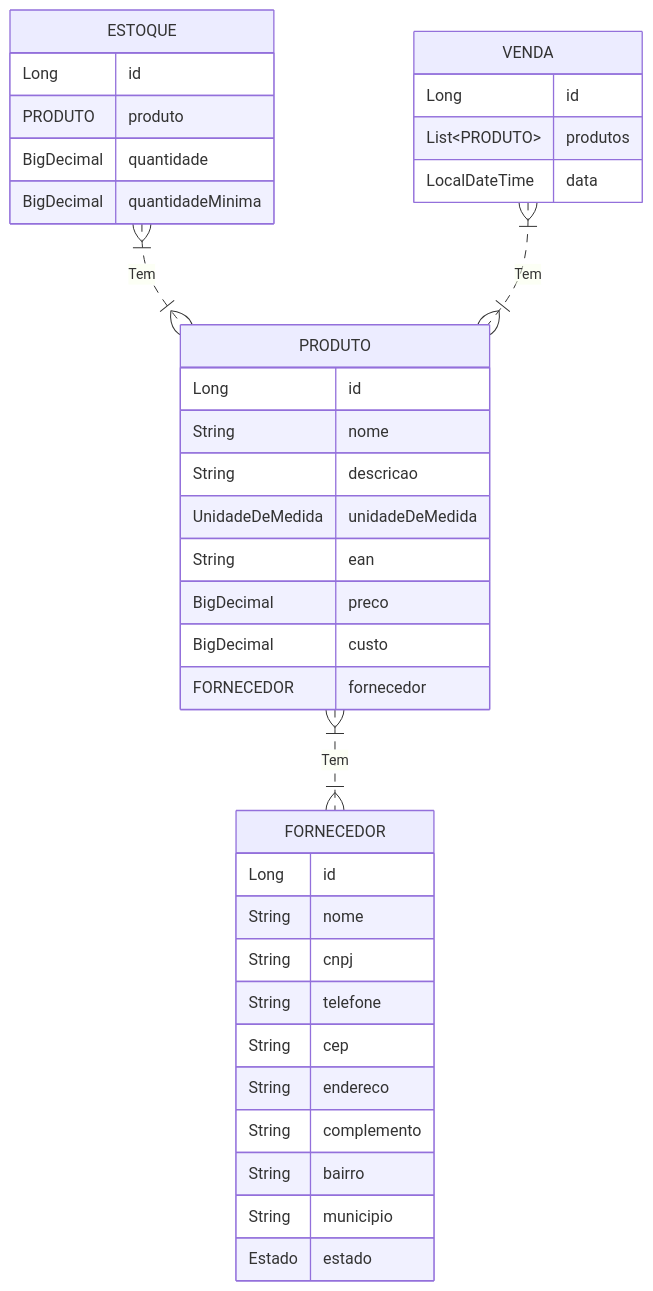
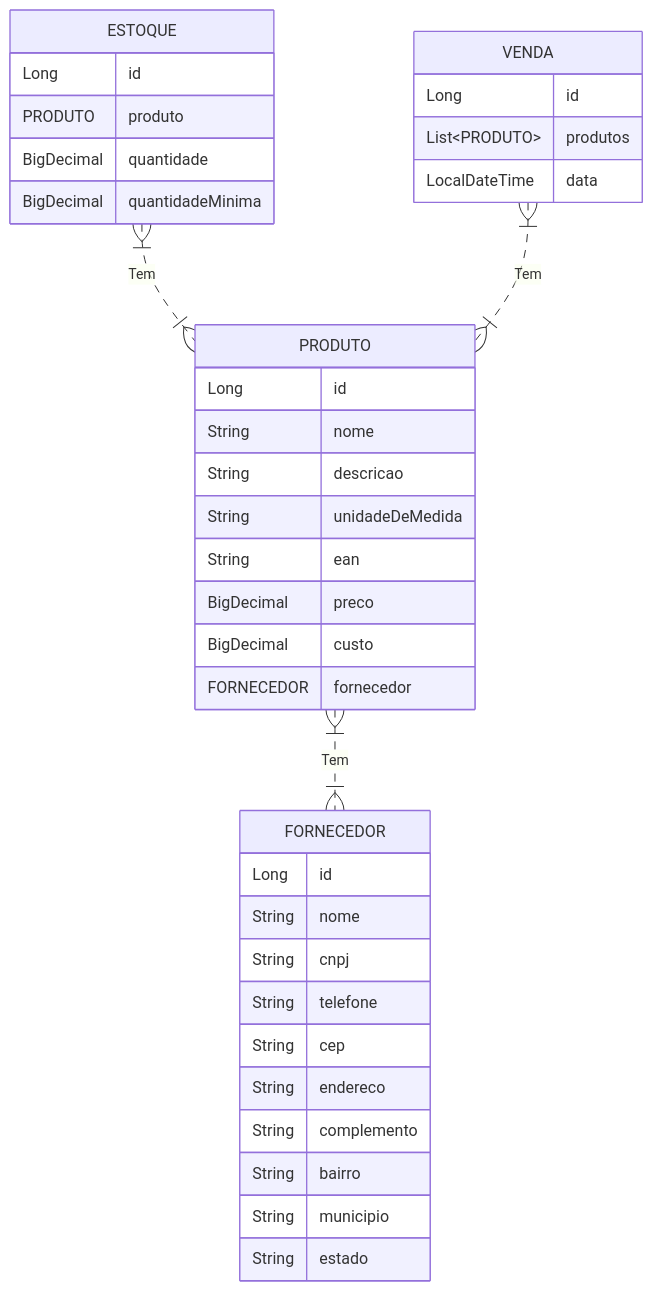
One commit to Eduardo-Karpinski/TCC changed the diagram in Diagramas/entidade-relacionamento.md. Above: the diagram before and after it, drawn with Mermaid. The commit also changed 24 other files, not shown here.

````diff
--- a/Diagramas/entidade-relacionamento.md
+++ b/Diagramas/entidade-relacionamento.md
@@ -1,40 +1,40 @@
 ```mermaid
 erDiagram
     PRODUTO }|..|{ FORNECEDOR : "Tem"
     ESTOQUE }|..|{ PRODUTO : "Tem"
     VENDA }|..|{ PRODUTO : "Tem"
 
     PRODUTO {
         Long id
         String nome
         String descricao
-        UnidadeDeMedida unidadeDeMedida
+        String unidadeDeMedida
         String ean
         BigDecimal preco
         BigDecimal custo
         FORNECEDOR fornecedor
     }
     FORNECEDOR {
         Long id
         String nome
         String cnpj
         String telefone
         String cep
         String endereco
         String complemento
         String bairro
         String municipio
-        Estado estado
+        String estado
     }
     ESTOQUE {
         Long id
         PRODUTO produto
         BigDecimal quantidade
         BigDecimal quantidadeMinima
     }
     VENDA {
         Long id
         List~PRODUTO~ produtos
         LocalDateTime data
     }
 ```
````
